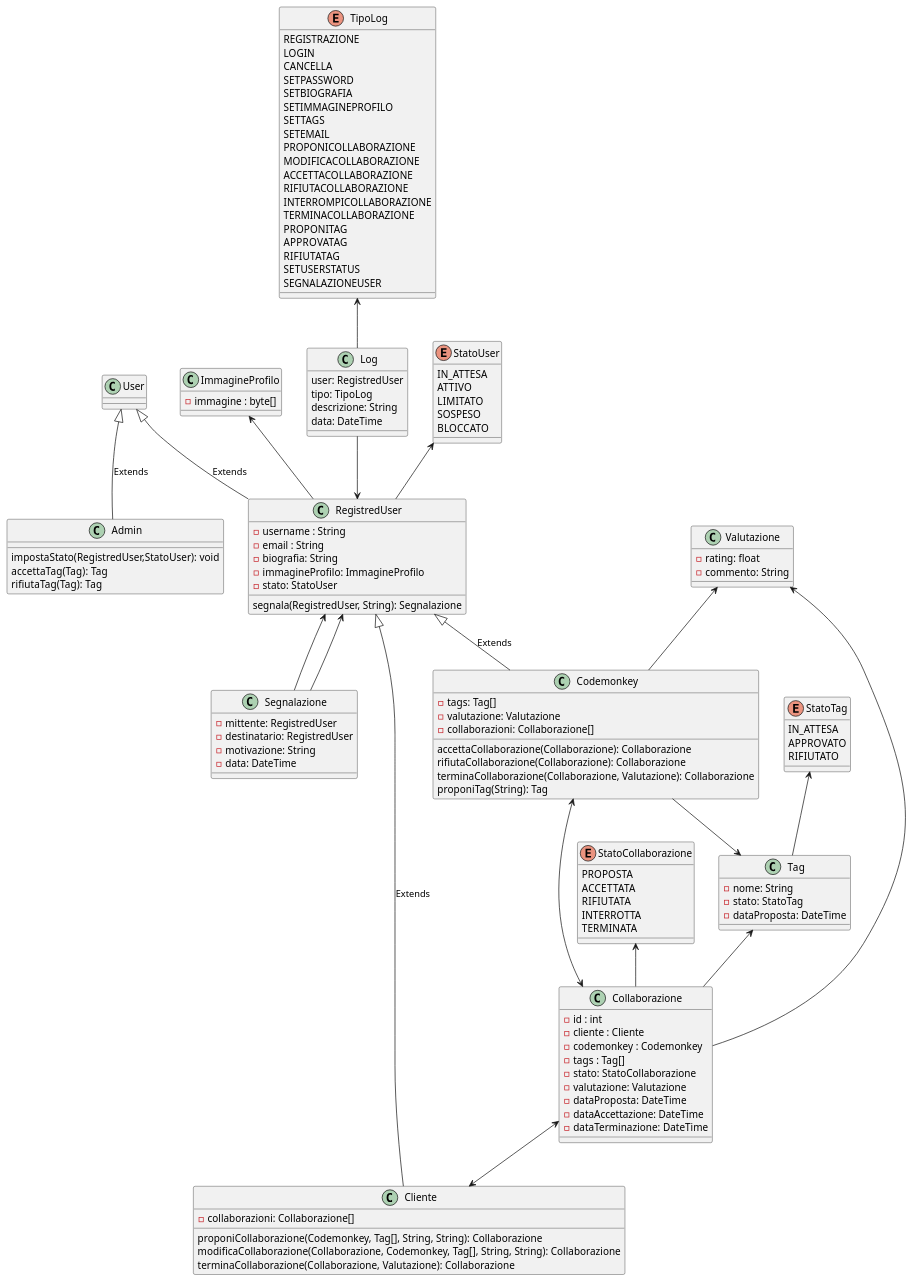
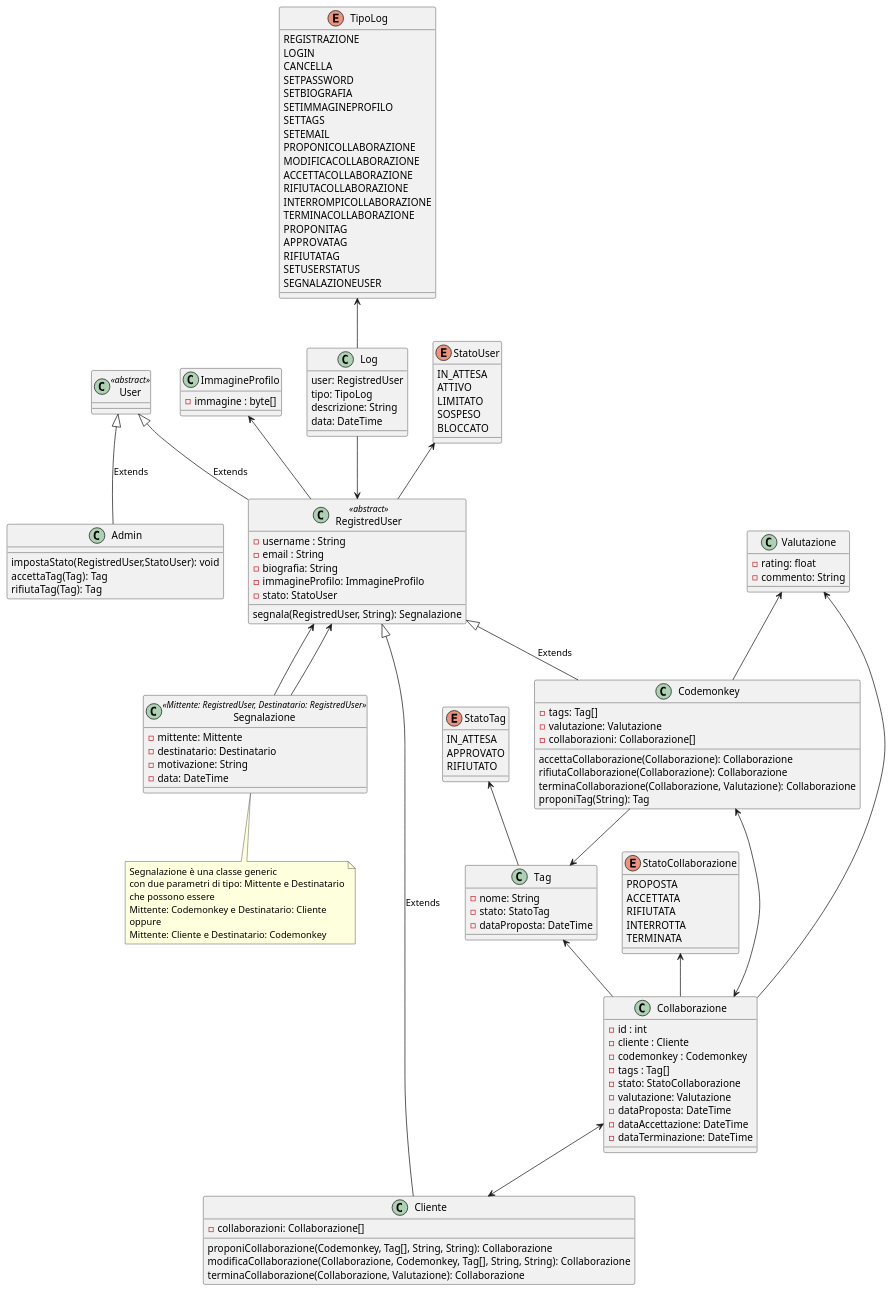
One commit to iacobucci/codemonkey changed the diagram in docs/assets/plantuml/modello_di_dettaglio_del_dominio.puml. Above: the diagram before and after it, drawn with PlantUML. The commit also changed 4 other files, not shown here.

Commit message:
modified:   docs/assets/plantuml/er.png 	modified:   docs/assets/plantuml/er.puml 	modified:   docs/assets/plantuml/modello_di_dettaglio_del_dominio.png 	modified:   docs/assets/plantuml/modello_di_dettaglio_del_dominio.puml 	modified:   revision.txt

```diff
--- a/docs/assets/plantuml/modello_di_dettaglio_del_dominio.puml
+++ b/docs/assets/plantuml/modello_di_dettaglio_del_dominio.puml
@@ -1,155 +1,165 @@
 @startuml modello_di_dettaglio_del_dominio
 
-class User{
+class User<<abstract>>{
 }
 
-class RegistredUser {
+class RegistredUser<<abstract>> {
 	- username : String
 	- email : String
 	- biografia: String
 	- immagineProfilo: ImmagineProfilo
 }
 
 class Codemonkey {
 	- tags: Tag[]
 }
 
 class ImmagineProfilo {
 	- immagine : byte[]
 }
 
 class Collaborazione{
 	- id : int
 	- cliente : Cliente
 	- codemonkey : Codemonkey
 	- tags : Tag[]
 	- stato: StatoCollaborazione
 	- valutazione: Valutazione
 	- dataProposta: DateTime
 	- dataAccettazione: DateTime
 	- dataTerminazione: DateTime
 }
 
 class Cliente{
 	- collaborazioni: Collaborazione[]
 	proponiCollaborazione(Codemonkey, Tag[], String, String): Collaborazione
 	modificaCollaborazione(Collaborazione, Codemonkey, Tag[], String, String): Collaborazione
 	terminaCollaborazione(Collaborazione, Valutazione): Collaborazione
 }
 
 class Codemonkey{
 	- valutazione: Valutazione
 	- collaborazioni: Collaborazione[]
 	accettaCollaborazione(Collaborazione): Collaborazione
 	rifiutaCollaborazione(Collaborazione): Collaborazione
 	terminaCollaborazione(Collaborazione, Valutazione): Collaborazione
 }
 
 enum StatoCollaborazione {
 	PROPOSTA
 	ACCETTATA
 	RIFIUTATA
 	INTERROTTA
 	TERMINATA
 }
 
 class Valutazione {
 	- rating: float
 	- commento: String
 }
 
 enum TipoLog{
 	REGISTRAZIONE
 	LOGIN
 	CANCELLA
 	SETPASSWORD
 	SETBIOGRAFIA
 	SETIMMAGINEPROFILO
 	SETTAGS
 	SETEMAIL
 	PROPONICOLLABORAZIONE
 	MODIFICACOLLABORAZIONE
 	ACCETTACOLLABORAZIONE
 	RIFIUTACOLLABORAZIONE
 	INTERROMPICOLLABORAZIONE
 	TERMINACOLLABORAZIONE
 	PROPONITAG
 	APPROVATAG
 	RIFIUTATAG
 	SETUSERSTATUS
 	SEGNALAZIONEUSER
 }
 
 class Log {
 	user: RegistredUser
 	tipo: TipoLog
 	descrizione: String
 	data: DateTime
 }
 
-class Segnalazione{
-	- mittente: RegistredUser
-	- destinatario: RegistredUser
+class Segnalazione<<Mittente: RegistredUser, Destinatario: RegistredUser>>{
+	- mittente: Mittente
+	- destinatario: Destinatario
 	- motivazione: String
 	- data: DateTime
 }
+
+note bottom of Segnalazione
+	Segnalazione è una classe generic
+	con due parametri di tipo: Mittente e Destinatario
+	che possono essere
+	Mittente: Codemonkey e Destinatario: Cliente
+	oppure
+	Mittente: Cliente e Destinatario: Codemonkey
+end note
 
 class RegistredUser {
 	- stato: StatoUser
 	segnala(RegistredUser, String): Segnalazione
 }
 
 enum StatoUser {
 	IN_ATTESA
 	ATTIVO
 	LIMITATO
 	SOSPESO
 	BLOCCATO
 }
 
 class Admin {
 	impostaStato(RegistredUser,StatoUser): void
 }
 
 enum StatoTag{
 	IN_ATTESA
 	APPROVATO
 	RIFIUTATO
 }
 
 class Tag{
 	- nome: String
 	- stato: StatoTag
 	- dataProposta: DateTime
 }
 
 class Codemonkey {
 	proponiTag(String): Tag
 }
 
 class Admin {
 	accettaTag(Tag): Tag
 	rifiutaTag(Tag): Tag
 }
 
+
 User <|-- RegistredUser: Extends
 User <|-- Admin: Extends
 RegistredUser <|-- Cliente: Extends
 RegistredUser <|-- Codemonkey: Extends
 
 ImmagineProfilo <-- RegistredUser
 Codemonkey --> Tag
 Tag <-- Collaborazione
 Valutazione <-- Collaborazione
 Valutazione <-- Codemonkey
 StatoCollaborazione <-- Collaborazione
 Collaborazione <--> Cliente
 Collaborazione <--> Codemonkey
 TipoLog <-- Log
 Log --> RegistredUser
 StatoUser <-- RegistredUser
 RegistredUser <-- Segnalazione
 RegistredUser <-- Segnalazione
 StatoTag <-- Tag
 
 @enduml
```
